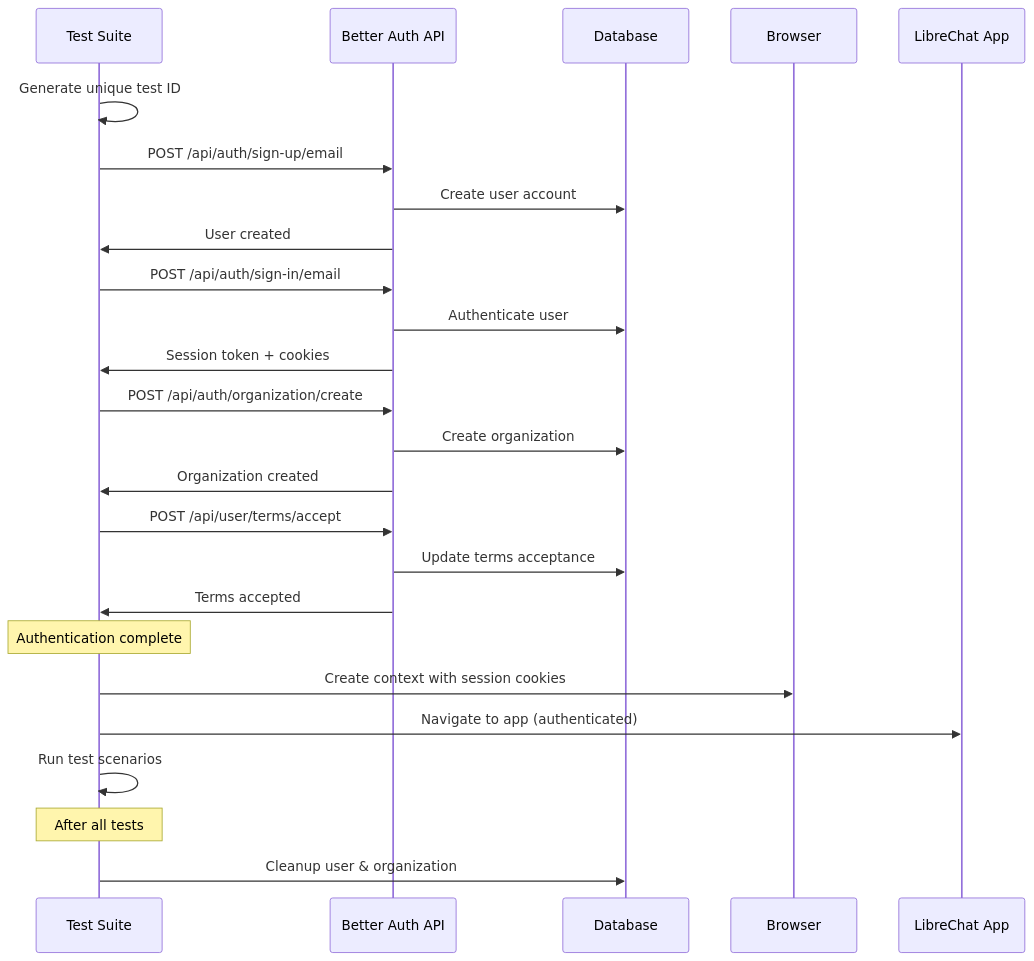
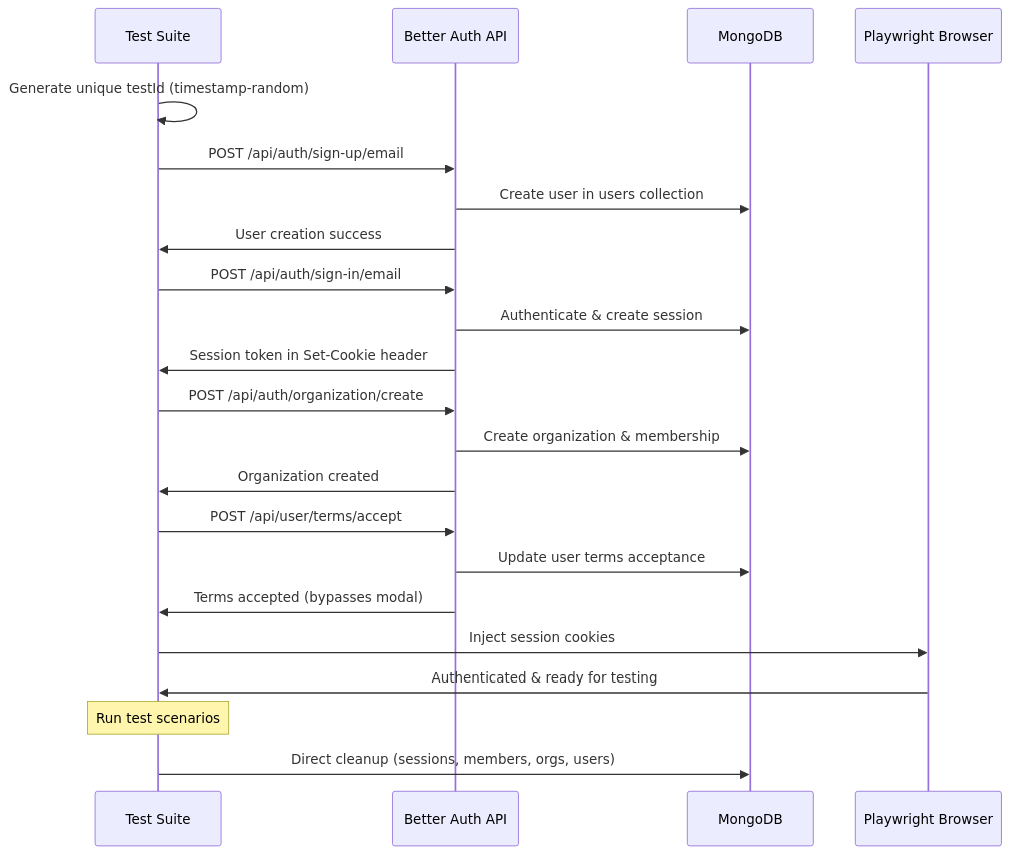
Before and after one commit to gannonh/agentis: the diagram in LibreChat/e2e/README.md, drawn with Mermaid. The commit also changed other lines of this file and 2 other files, not shown here.

````diff
--- a/LibreChat/e2e/README.md
+++ b/LibreChat/e2e/README.md
@@ -340,34 +136,31 @@
 ```mermaid
 sequenceDiagram
-    participant TS as Test Suite
+    participant Test as Test Suite
     participant BA as Better Auth API
-    participant DB as Database
-    participant B as Browser
-    participant App as LibreChat App
+    participant DB as MongoDB
+    participant Browser as Playwright Browser
     
-    TS->>TS: Generate unique test ID
-    TS->>BA: POST /api/auth/sign-up/email
-    BA->>DB: Create user account
-    BA->>TS: User created
+    Test->>Test: Generate unique testId (timestamp-random)
+    Test->>BA: POST /api/auth/sign-up/email
+    BA->>DB: Create user in users collection
+    BA->>Test: User creation success
     
-    TS->>BA: POST /api/auth/sign-in/email
-    BA->>DB: Authenticate user
-    BA->>TS: Session token + cookies
+    Test->>BA: POST /api/auth/sign-in/email
+    BA->>DB: Authenticate & create session
+    BA->>Test: Session token in Set-Cookie header
     
-    TS->>BA: POST /api/auth/organization/create
-    BA->>DB: Create organization
-    BA->>TS: Organization created
+    Test->>BA: POST /api/auth/organization/create
+    BA->>DB: Create organization & membership
+    BA->>Test: Organization created
     
-    TS->>BA: POST /api/user/terms/accept
-    BA->>DB: Update terms acceptance
-    BA->>TS: Terms accepted
+    Test->>BA: POST /api/user/terms/accept
+    BA->>DB: Update user terms acceptance
+    BA->>Test: Terms accepted (bypasses modal)
     
-    Note over TS: Authentication complete
+    Test->>Browser: Inject session cookies
+    Browser->>Test: Authenticated & ready for testing
     
-    TS->>B: Create context with session cookies
-    TS->>App: Navigate to app (authenticated)
-    TS->>TS: Run test scenarios
+    Note over Test: Run test scenarios
     
-    Note over TS: After all tests
-    TS->>DB: Cleanup user & organization
+    Test->>DB: Direct cleanup (sessions, members, orgs, users)
 ```
````
